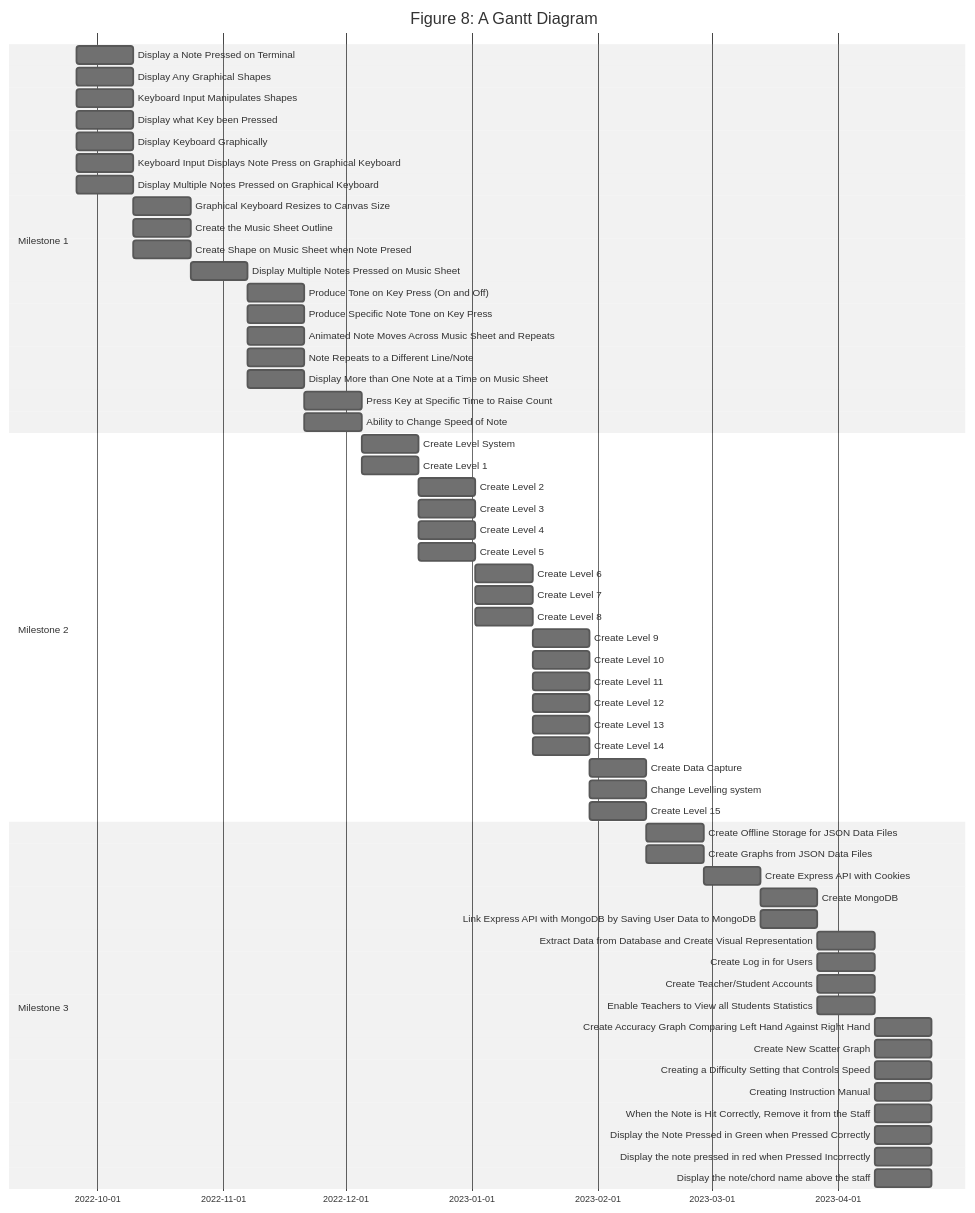
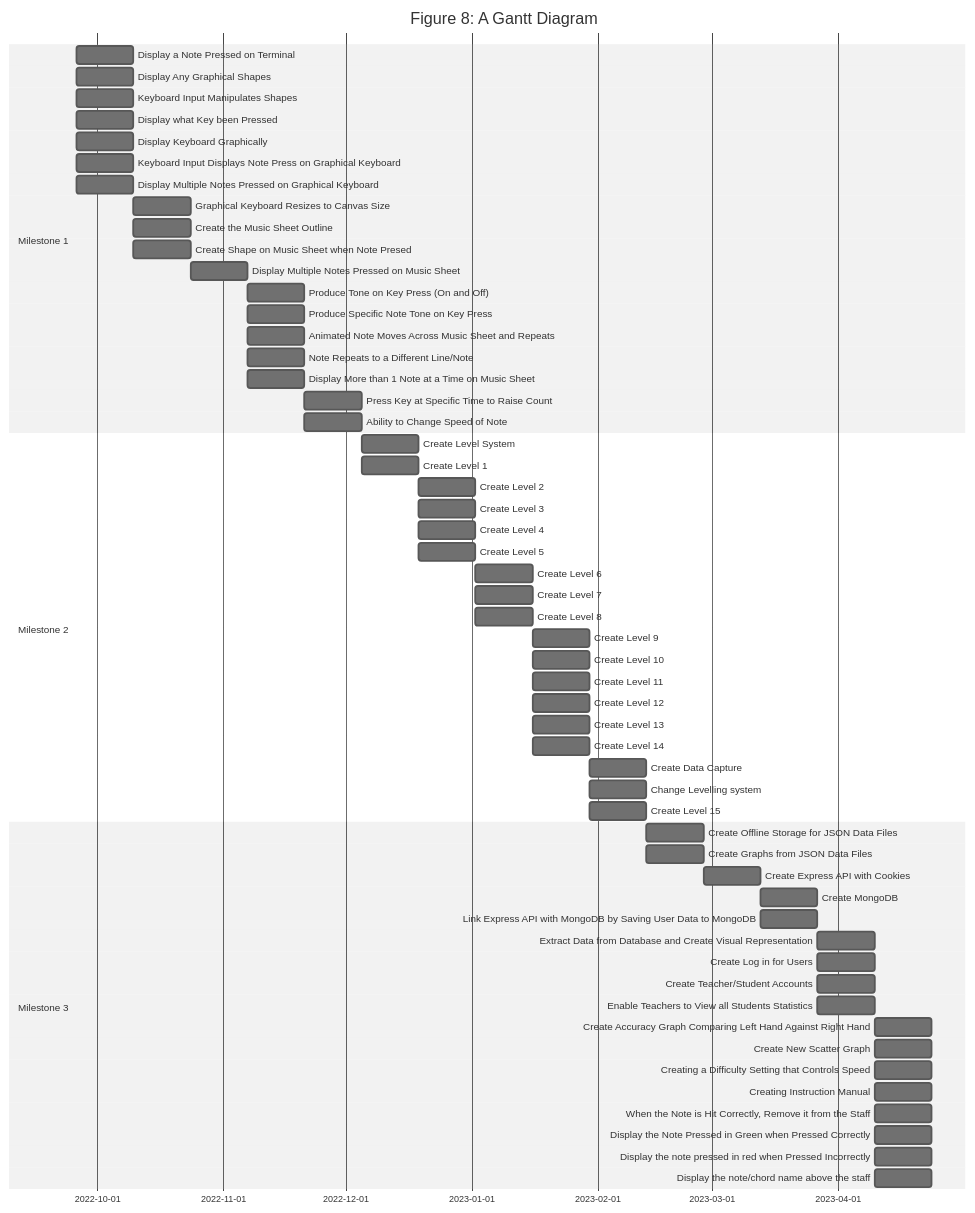
One commit to KieranBest/Final-Year-Project changed the diagram in Documentation.md. Above: the diagram before and after it, drawn with Mermaid (neutral theme). The commit also changed other lines of this file and 1 other file, not shown here.

````diff
--- a/Documentation.md
+++ b/Documentation.md
@@ -295,65 +295,65 @@
 ```mermaid
 gantt
     title Figure 8: A Gantt Diagram
     dateFormat  YYYY-MM-DD
 
     section Milestone 1
     Display a Note Pressed on Terminal                        :a1, 2022-09-26, 14d
     Display Any Graphical Shapes                              :a1, 2022-09-26, 14d
     Keyboard Input Manipulates Shapes                         :a1, 2022-09-26, 14d
     Display what Key been Pressed                             :a1, 2022-09-26, 14d
     Display Keyboard Graphically                              :a1, 2022-09-26, 14d
     Keyboard Input Displays Note Press on Graphical Keyboard  :a1, 2022-09-26, 14d
     Display Multiple Notes Pressed on Graphical Keyboard      :a1, 2022-09-26, 14d
     Graphical Keyboard Resizes to Canvas Size                 :a2, after a1, 14d
     Create the Music Sheet Outline                            :a2, after a1, 14d
     Create Shape on Music Sheet when Note Presed              :a2, after a1, 14d
     Display Multiple Notes Pressed on Music Sheet             :a3, after a2, 14d
     Produce Tone on Key Press (On and Off)                    :a4, after a3, 14d
     Produce Specific Note Tone on Key Press                   :a4, after a3, 14d
     Animated Note Moves Across Music Sheet and Repeats        :a4, after a3, 14d
     Note Repeats to a Different Line/Note                     :a4, after a3, 14d
-    Display More than One Note at a Time on Music Sheet       :a4, after a3, 14d
+    Display More than 1 Note at a Time on Music Sheet       :a4, after a3, 14d
     Press Key at Specific Time to Raise Count                 :a5, after a4, 14d
     Ability to Change Speed of Note                           :a5, after a4, 14d
 
     section Milestone 2
     Create Level System                                       :a6, after a5, 14d
     Create Level 1                                            :a6, after a5, 14d
     Create Level 2                                            :a7, after a6, 14d
     Create Level 3                                            :a7, after a6, 14d
     Create Level 4                                            :a7, after a6, 14d
     Create Level 5                                            :a7, after a6, 14d
     Create Level 6                                            :a8, after a7, 14d
     Create Level 7                                            :a8, after a7, 14d
     Create Level 8                                            :a8, after a7, 14d
     Create Level 9                                            :a9, after a8, 14d
     Create Level 10                                           :a9, after a8, 14d
     Create Level 11                                           :a9, after a8, 14d
     Create Level 12                                           :a9, after a8, 14d
     Create Level 13                                           :a9, after a8, 14d
     Create Level 14                                           :a9, after a8, 14d
     Create Data Capture                                       :a10, after a9, 14d
     Change Levelling system                                   :a10, after a9, 14d
     Create Level 15                                           :a10, after a9, 14d
 
     section Milestone 3
     Create Offline Storage for JSON Data Files                :a11, after a10, 14d
     Create Graphs from JSON Data Files                        :a11, after a10, 14d
     Create Express API with Cookies                           :a12, after a11, 14d
     Create MongoDB                                            :a13, after a12, 14d
     Link Express API with MongoDB by Saving User Data to MongoDB  :a13, after a12, 14d
     Extract Data from Database and Create Visual Representation   :a14, after a13, 14d
     Create Log in for Users                                       :a14, after a13, 14d
     Create Teacher/Student Accounts                               :a14, after a13, 14d
     Enable Teachers to View all Students Statistics               :a14, after a13, 14d
     Create Accuracy Graph Comparing Left Hand Against Right Hand  :a15, after a14, 14d
     Create New Scatter Graph                                      :a15, after a14, 14d
     Creating a Difficulty Setting that Controls Speed             :a15, after a14, 14d
     Creating Instruction Manual                                   :a15, after a14, 14d
     When the Note is Hit Correctly, Remove it from the Staff      :a15, after a14, 14d
     Display the Note Pressed in Green when Pressed Correctly      :a15, after a14, 14d
     Display the note pressed in red when Pressed Incorrectly      :a15, after a14, 14d
     Display the note/chord name above the staff                   :a15, after a14, 14d
 
 ```
````
